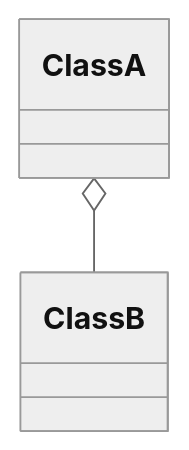
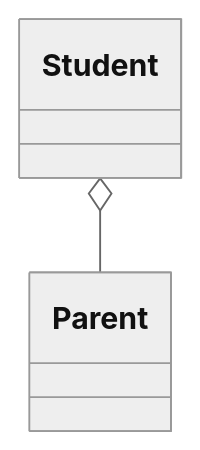
Before and after one commit to 8bitdev256/howto: the third of 4 diagrams in OOP - UML.md, drawn with Mermaid (neutral theme). The commit also changed other lines of this file, not shown here.

Commit message:
FEAT: Update OOP - UML.md

````diff
--- a/OOP - UML.md
+++ b/OOP - UML.md
@@ -44,12 +44,12 @@
 ```mermaid
 classDiagram
-    class ClassA {
+    class Student {
 
     }
 
-    class ClassB {
+    class Parent {
 
     }
 
-    ClassA o-- ClassB
+    Student o-- Parent
 ```
````
